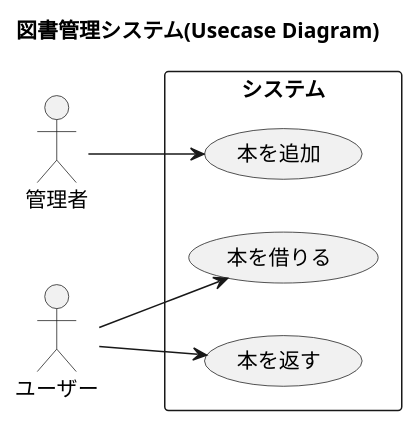
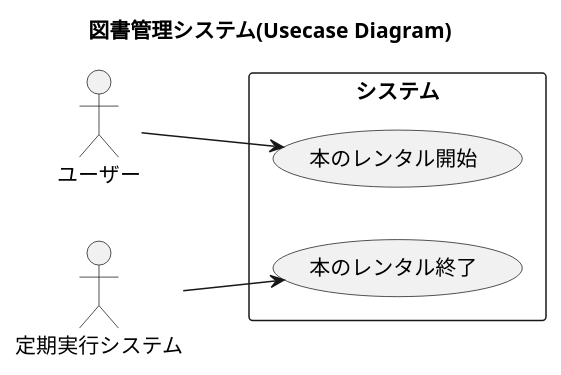
The diagram in docs/usecase.puml (genenakagaki/sample-solid), drawn with PlantUML before and after one commit. The commit also changed 8 other files, not shown here.

```diff
--- a/docs/usecase.puml
+++ b/docs/usecase.puml
@@ -1,18 +1,16 @@
 @startuml
 title 図書管理システム(Usecase Diagram)
 
 left to right direction
 
-actor :管理者: as admin
 actor :ユーザー: as user
+actor :定期実行システム: as batch
 rectangle "システム" {
-    usecase "本を追加" as addBook
-    usecase "本を借りる" as rentBook
-    usecase "本を返す" as returnBook
+    usecase "本のレンタル開始" as rentBook
+    usecase "本のレンタル終了" as endBookRental
 }
 
-admin --> addBook
 user --> rentBook
-user --> returnBook
+batch --> endBookRental
 
 @enduml
```
